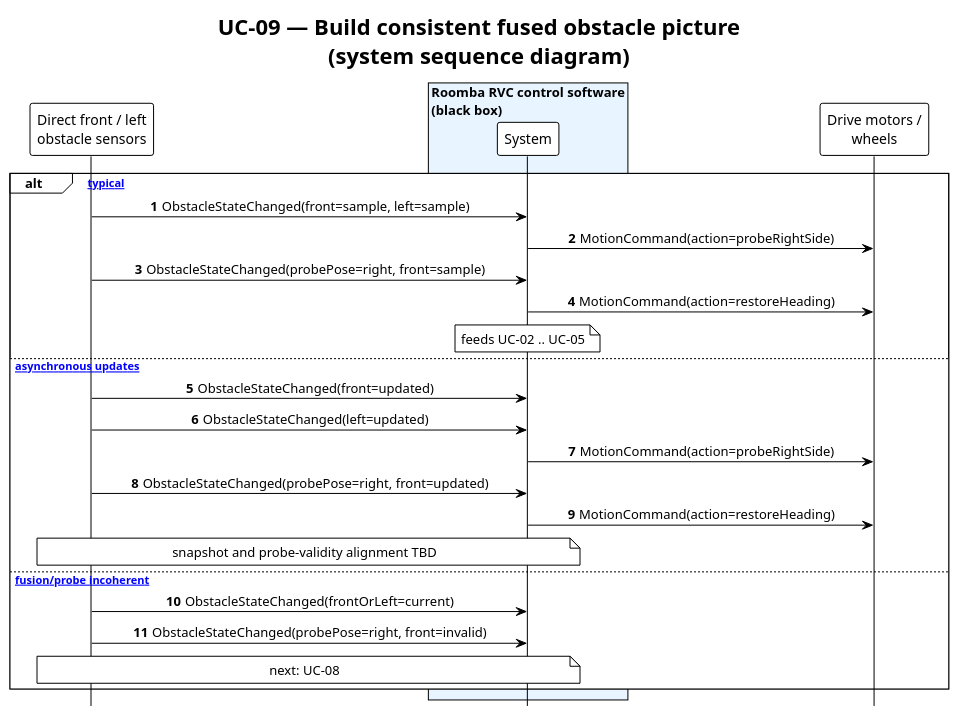
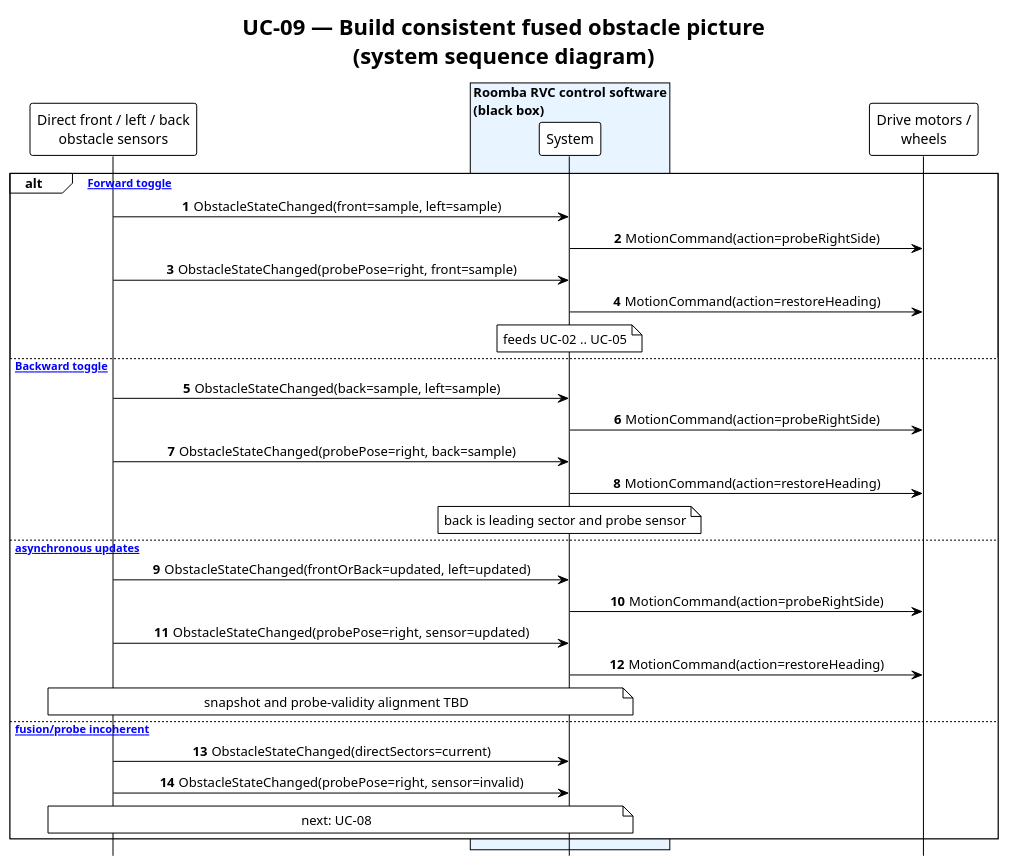
The diagram in 2nd ooad/03_diagrams/ssd/UC09_system_sequence.puml (Deilise/OOAD-with-AI), drawn with PlantUML before and after one commit. The commit also changed 101 other files, not shown here.

First line of the commit message:
Align RVC stack to SRS/use-case v0.7.2 (travelToggle, back sensor, dust maneuver).

```diff
--- a/2nd ooad/03_diagrams/ssd/UC09_system_sequence.puml
+++ b/2nd ooad/03_diagrams/ssd/UC09_system_sequence.puml
@@ -1,36 +1,41 @@
 @startuml UC09_system_sequence
 !theme plain
 hide footbox
 skinparam sequenceMessageAlign center
 skinparam responseMessageBelowArrow true
 skinparam BoxPadding 10
 autonumber
 
 title UC-09 — Build consistent fused obstacle picture\n(system sequence diagram)
 
-participant "Direct front / left\nobstacle sensors" as Obs
+participant "Direct front / left / back\nobstacle sensors" as Obs
 box "Roomba RVC control software\n(black box)" #E8F4FF
   participant "System" as Sys
 end box
 participant "Drive motors /\nwheels" as Drv
 
-alt [typical]
+alt [typical Forward toggle]
   Obs -> Sys : ObstacleStateChanged(front=sample, left=sample)
   Sys -> Drv : MotionCommand(action=probeRightSide)
   Obs -> Sys : ObstacleStateChanged(probePose=right, front=sample)
   Sys -> Drv : MotionCommand(action=restoreHeading)
   note over Sys : feeds UC-02 .. UC-05
+else [typical Backward toggle]
+  Obs -> Sys : ObstacleStateChanged(back=sample, left=sample)
+  Sys -> Drv : MotionCommand(action=probeRightSide)
+  Obs -> Sys : ObstacleStateChanged(probePose=right, back=sample)
+  Sys -> Drv : MotionCommand(action=restoreHeading)
+  note over Sys : back is leading sector and probe sensor
 else [A1 asynchronous updates]
-  Obs -> Sys : ObstacleStateChanged(front=updated)
-  Obs -> Sys : ObstacleStateChanged(left=updated)
+  Obs -> Sys : ObstacleStateChanged(frontOrBack=updated, left=updated)
   Sys -> Drv : MotionCommand(action=probeRightSide)
-  Obs -> Sys : ObstacleStateChanged(probePose=right, front=updated)
+  Obs -> Sys : ObstacleStateChanged(probePose=right, sensor=updated)
   Sys -> Drv : MotionCommand(action=restoreHeading)
   note over Obs, Sys : snapshot and probe-validity alignment TBD
 else [E1 fusion/probe incoherent]
-  Obs -> Sys : ObstacleStateChanged(frontOrLeft=current)
-  Obs -> Sys : ObstacleStateChanged(probePose=right, front=invalid)
+  Obs -> Sys : ObstacleStateChanged(directSectors=current)
+  Obs -> Sys : ObstacleStateChanged(probePose=right, sensor=invalid)
   note over Obs, Sys : next: UC-08
 end
 
 @enduml
```
